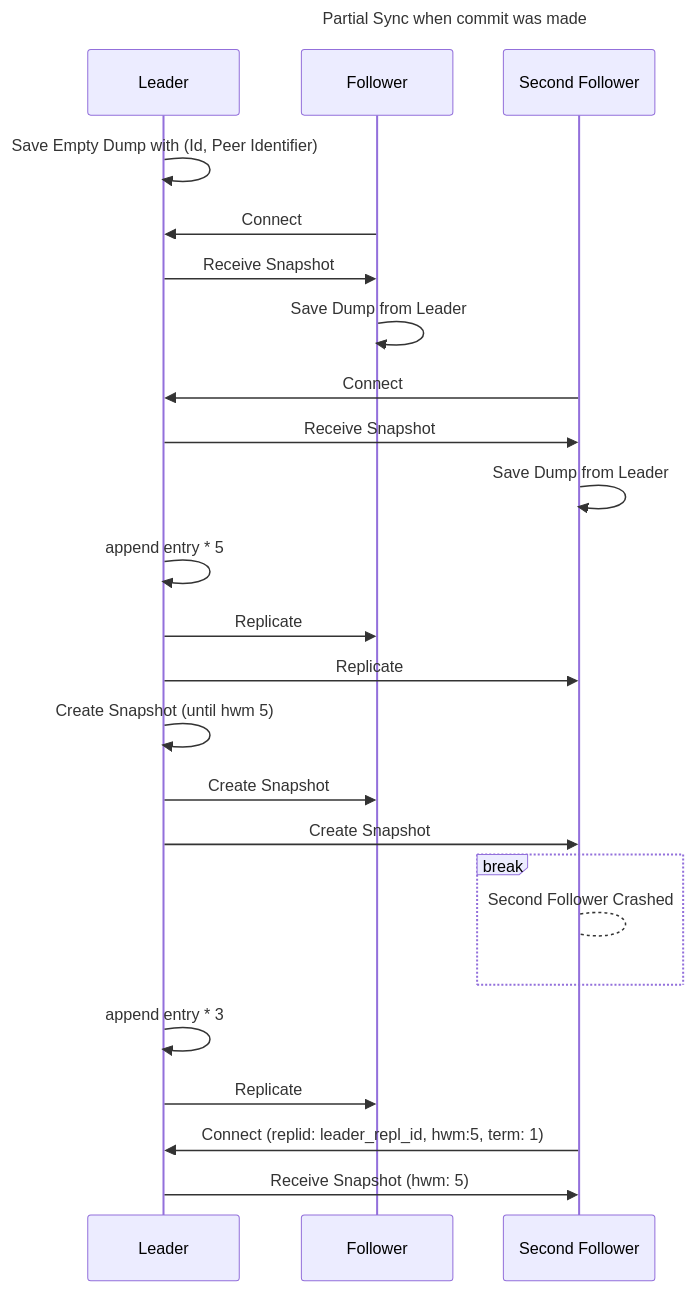
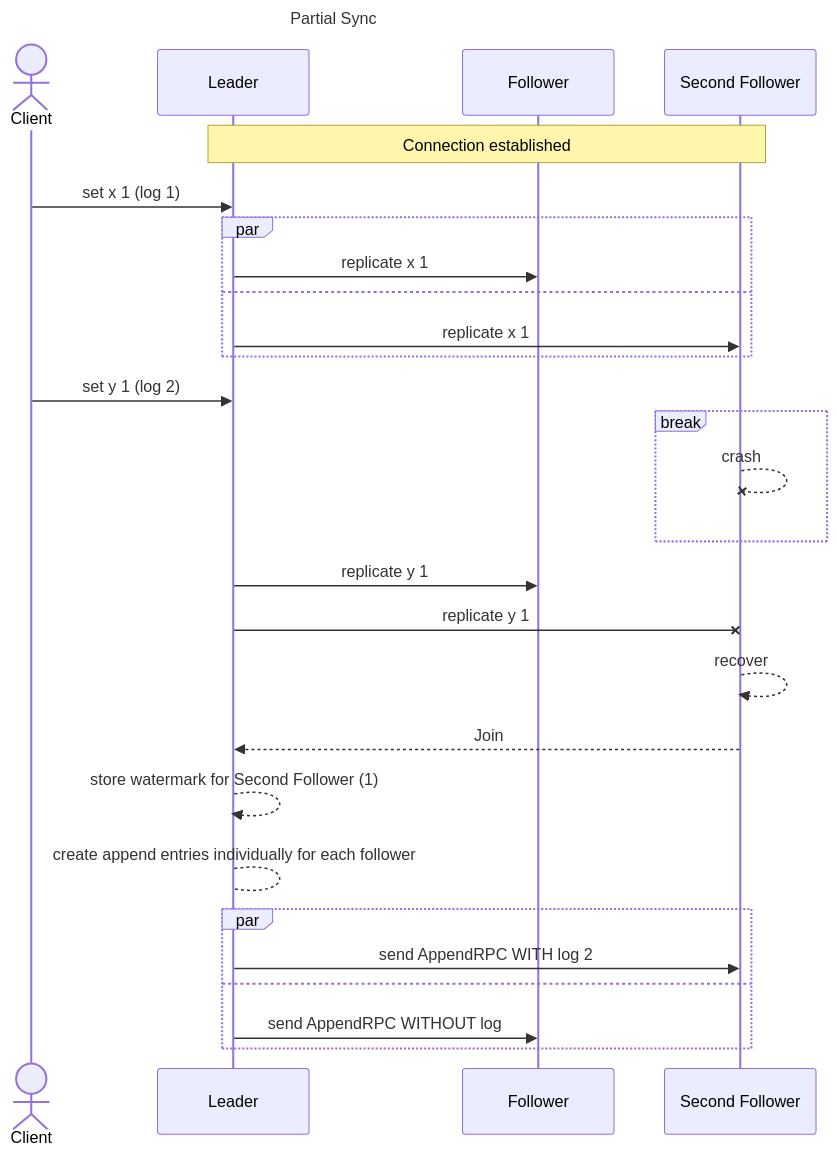
Before and after one commit to Migorithm/duva: the diagram in diagrams/partial_sync.mmd, drawn with Mermaid. The commit also changed other lines of this file and 1 other file, not shown here.

```diff
--- a/diagrams/partial_sync.mmd
+++ b/diagrams/partial_sync.mmd
@@ -1,31 +1,40 @@
 ---
-title: Partial Sync when commit was made
+title: Partial Sync 
 ---
 sequenceDiagram
+    Actor C as Client
     participant L as Leader
     participant F as Follower
     participant SF as Second Follower
-    L ->> L: Save Empty Dump with (Id, Peer Identifier)
-    F ->> L: Connect
-    L ->> F: Receive Snapshot
-    F ->> F: Save Dump from Leader
-    SF ->> L: Connect
-    L ->> SF: Receive Snapshot
-    SF ->> SF: Save Dump from Leader
-    L ->> L: append entry * 5
-    L ->> F: Replicate
-    L ->> SF: Replicate
     
-    L ->> L: Create Snapshot (until hwm 5)
-    L ->> F: Create Snapshot 
-    L ->> SF : Create Snapshot
+    Note over L,SF : Connection established
+
+    C->>L: set x 1 (log 1)
+
+    par 
+        L->>F: replicate x 1
+    and
+        L->>SF: replicate x 1
+    end
+
+    C->>L: set y 1 (log 2)
 
     break
-        SF --> SF: Second Follower Crashed
+        SF --x SF: crash
     end
+    L->>F: replicate y 1
 
-    L ->> L: append entry * 3
-    L ->> F: Replicate
+    L -x SF: replicate y 1
 
-    SF ->> L: Connect (replid: leader_repl_id, hwm:5, term: 1)
-    L ->> SF: Receive Snapshot (hwm: 5)
+
+    SF -->> SF: recover
+    SF -->> L: Join
+    L -->> L: store watermark for Second Follower (1)
+
+
+    L --> L : create append entries individually for each follower
+    par 
+        L ->> SF : send AppendRPC WITH log 2
+    and
+        L ->> F : send AppendRPC WITHOUT log
+    end
```
